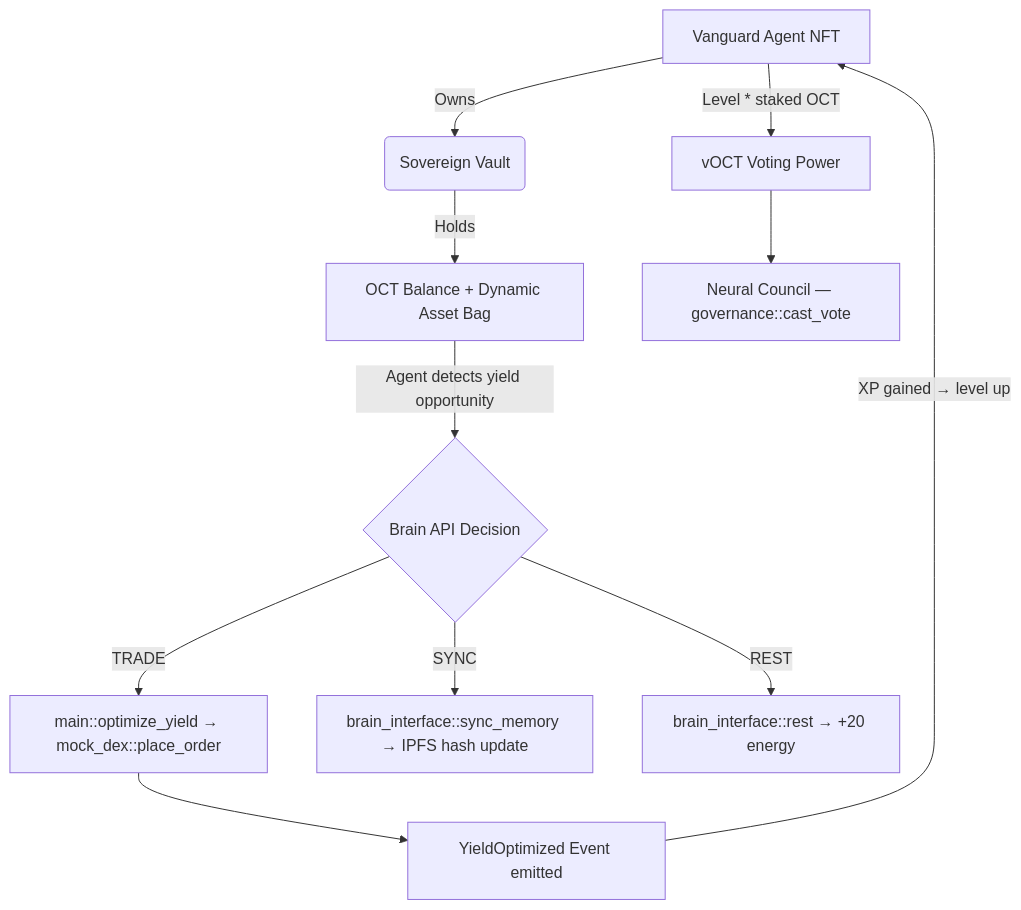
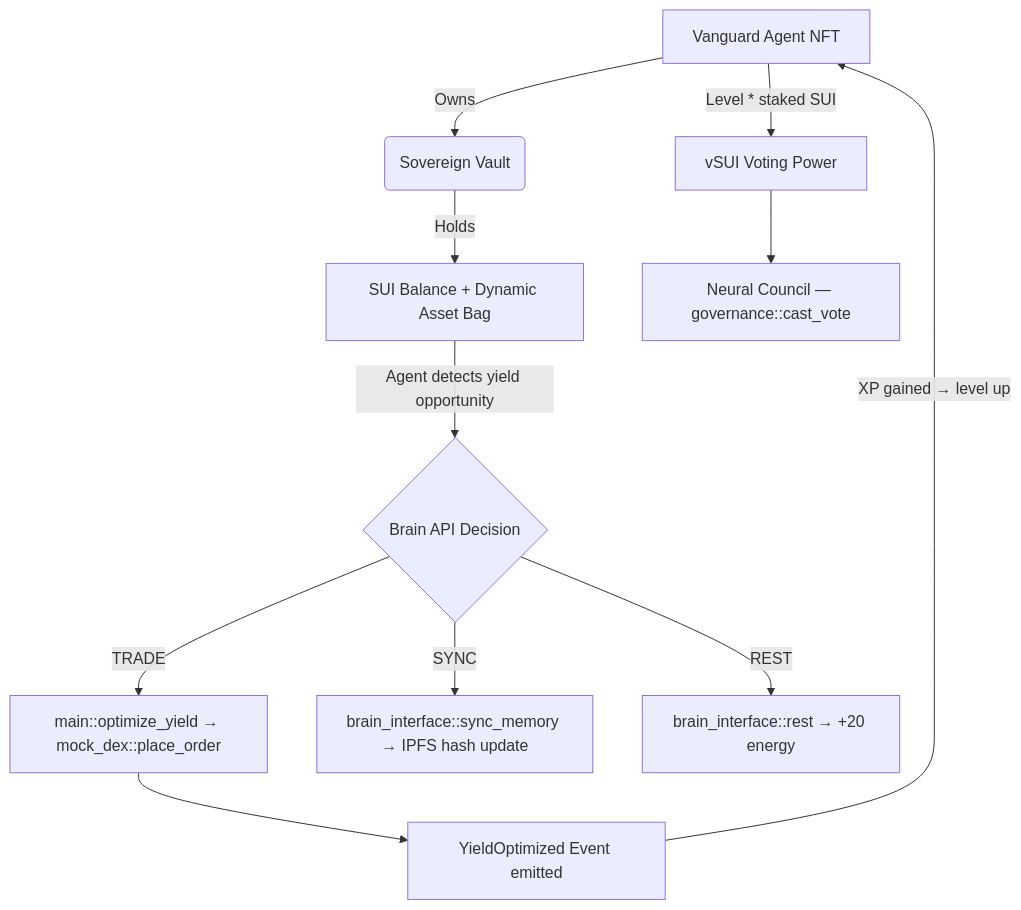
One commit to Aaditya1273/OneMInd changed the second of 3 diagrams in README.md. Above: the diagram before and after it, drawn with Mermaid. The commit also changed other lines of this file and 683 other files, not shown here.

````diff
--- a/README.md
+++ b/README.md
@@ -89,13 +89,13 @@
 ```mermaid
 graph TD
     A[Vanguard Agent NFT] -->|Owns| B(Sovereign Vault)
-    B -->|Holds| C[OCT Balance + Dynamic Asset Bag]
+    B -->|Holds| C[SUI Balance + Dynamic Asset Bag]
     C -->|Agent detects yield opportunity| D{Brain API Decision}
     D -->|TRADE| E[main::optimize_yield → mock_dex::place_order]
     D -->|SYNC| F[brain_interface::sync_memory → IPFS hash update]
     D -->|REST| G[brain_interface::rest → +20 energy]
     E --> H[YieldOptimized Event emitted]
     H -->|XP gained → level up| A
-    A -->|Level * staked OCT| I[vOCT Voting Power]
+    A -->|Level * staked SUI| I[vSUI Voting Power]
     I --> J[Neural Council — governance::cast_vote]
 ```
````
